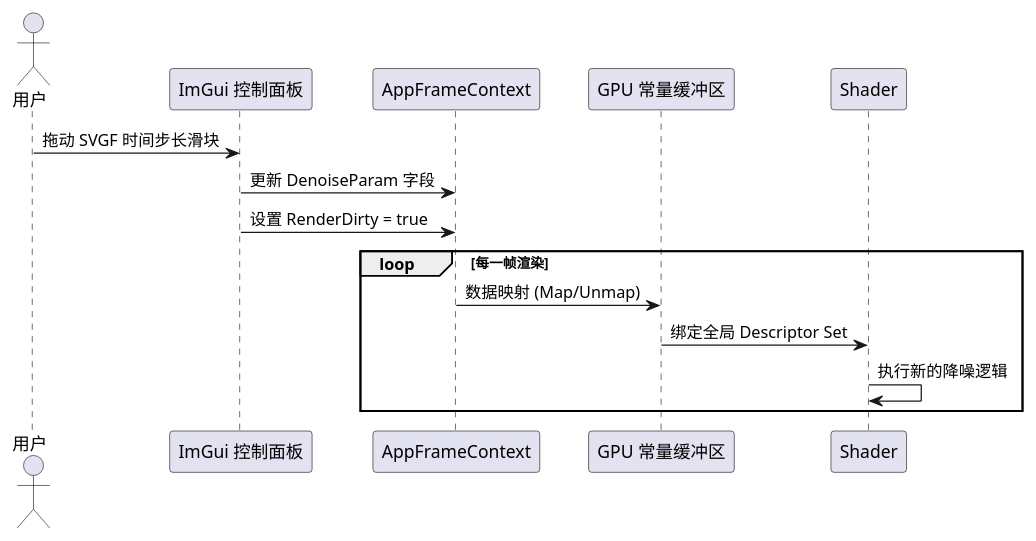
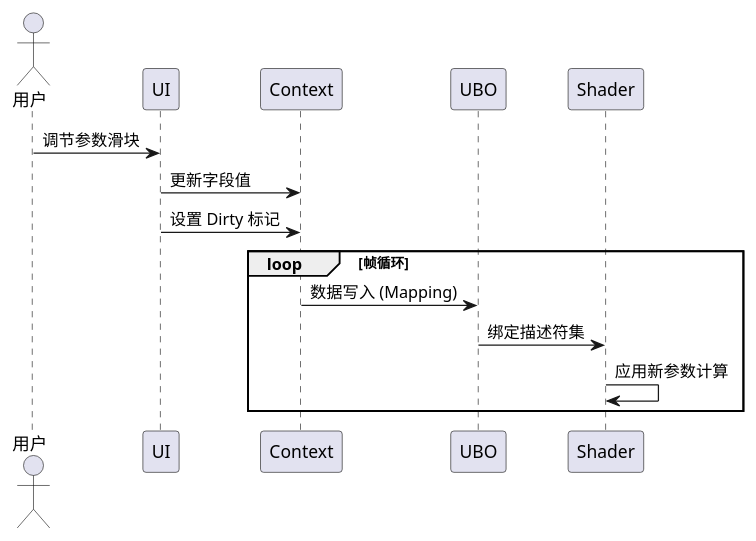
One commit to CadenXc/HybridRenderer changed diagram 15 of 17 in RenderGraph_Architecture_Diagrams.md. Above: the diagram before and after it, drawn with PlantUML. The commit also changed other lines of this file and 3 other files, not shown here.

````diff
--- a/RenderGraph_Architecture_Diagrams.md
+++ b/RenderGraph_Architecture_Diagrams.md
@@ -677,20 +586,20 @@
 ```plantuml
 @startuml
 skinparam backgroundColor white
 actor "用户" as User
-participant "ImGui 控制面板" as UI
-participant "AppFrameContext" as Context
-participant "GPU 常量缓冲区" as UBO
+participant "UI" as UI
+participant "Context" as Context
+participant "UBO" as UBO
 participant "Shader" as Shader
 
-User -> UI : 拖动 SVGF 时间步长滑块
-UI -> Context : 更新 DenoiseParam 字段
-UI -> Context : 设置 RenderDirty = true
+User -> UI : 调节参数滑块
+UI -> Context : 更新字段值
+UI -> Context : 设置 Dirty 标记
 
-loop 每一帧渲染
-    Context -> UBO : 数据映射 (Map/Unmap)
-    UBO -> Shader : 绑定全局 Descriptor Set
-    Shader -> Shader : 执行新的降噪逻辑
+loop 帧循环
+    Context -> UBO : 数据写入 (Mapping)
+    UBO -> Shader : 绑定描述符集
+    Shader -> Shader : 应用新参数计算
 end
 @enduml
 ```
````
